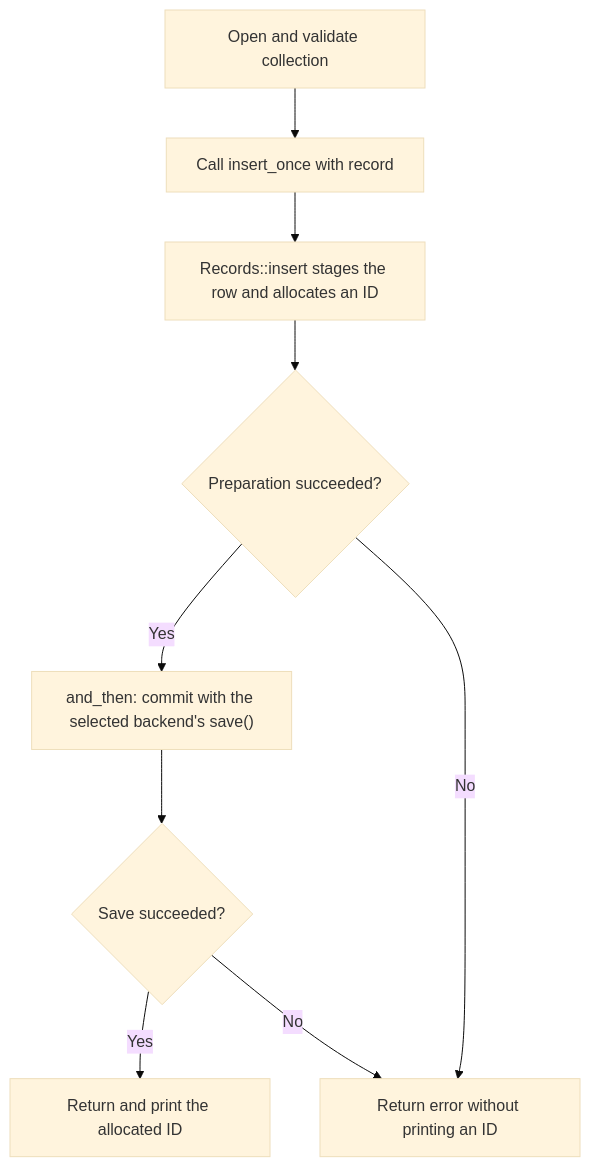
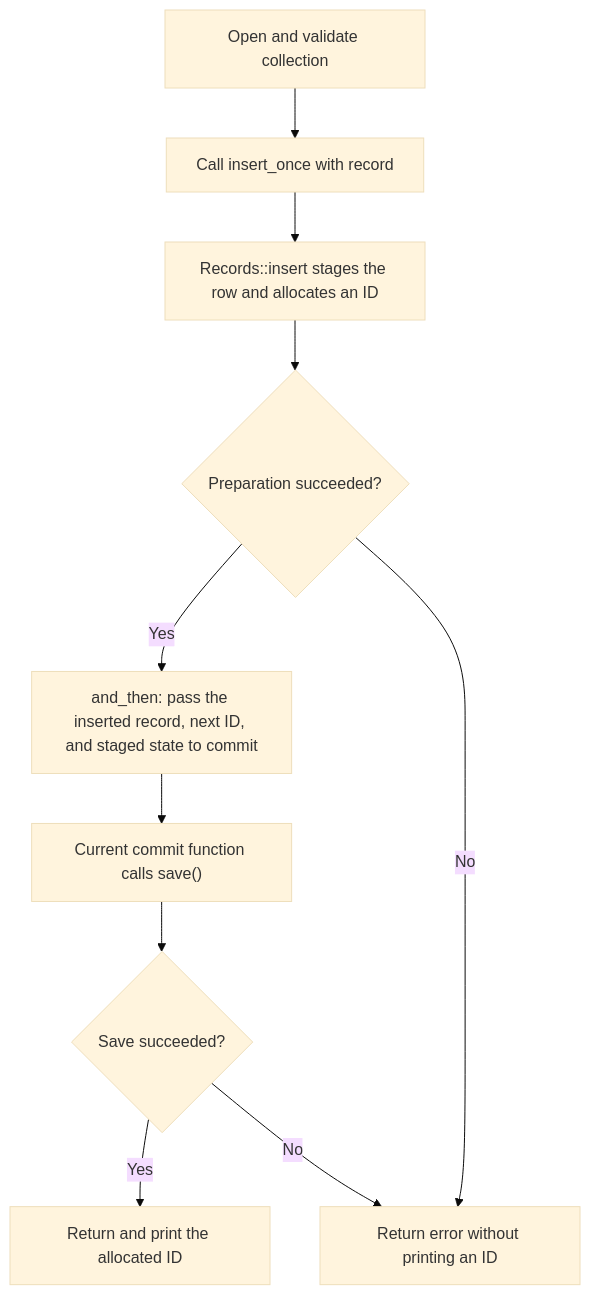
The diagram in README.md (YoshiakiNishimura/persist-collections), drawn with Mermaid (base theme) before and after one commit. The commit also changed other lines of this file and 2 other files, not shown here.

Commit message:
Inject the insert commit strategy

````diff
--- a/README.md
+++ b/README.md
@@ -119,11 +119,12 @@
 ```mermaid
 flowchart TD
     Open["Open and validate collection"] --> Insert["Call insert_once with record"]
     Insert --> Prepare["Records::insert stages the row and allocates an ID"]
     Prepare --> Prepared{"Preparation succeeded?"}
-    Prepared -->|Yes| Save["and_then: commit with the selected backend's save()"]
+    Prepared -->|Yes| Commit["and_then: pass the inserted record, next ID, and staged state to commit"]
     Prepared -->|No| Failure["Return error without printing an ID"]
+    Commit --> Save["Current commit function calls save()"]
     Save --> Saved{"Save succeeded?"}
     Saved -->|Yes| Success["Return and print the allocated ID"]
     Saved -->|No| Failure
 ```
````
